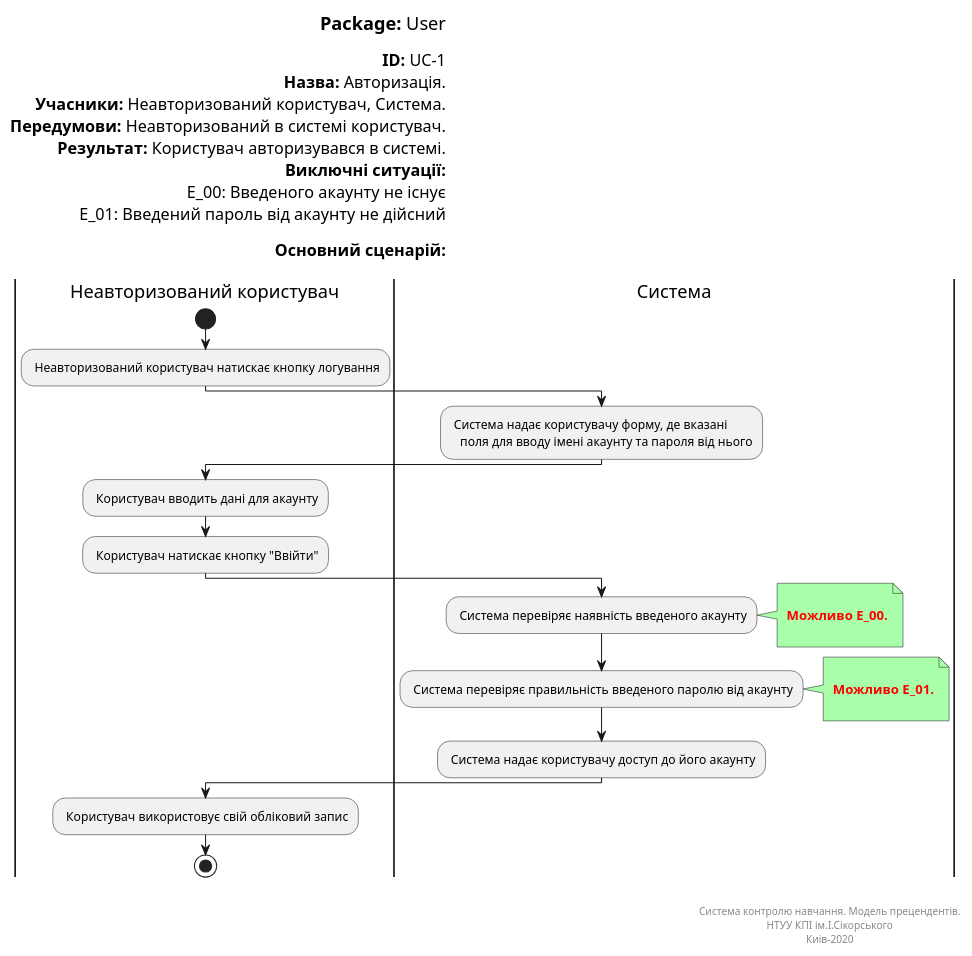
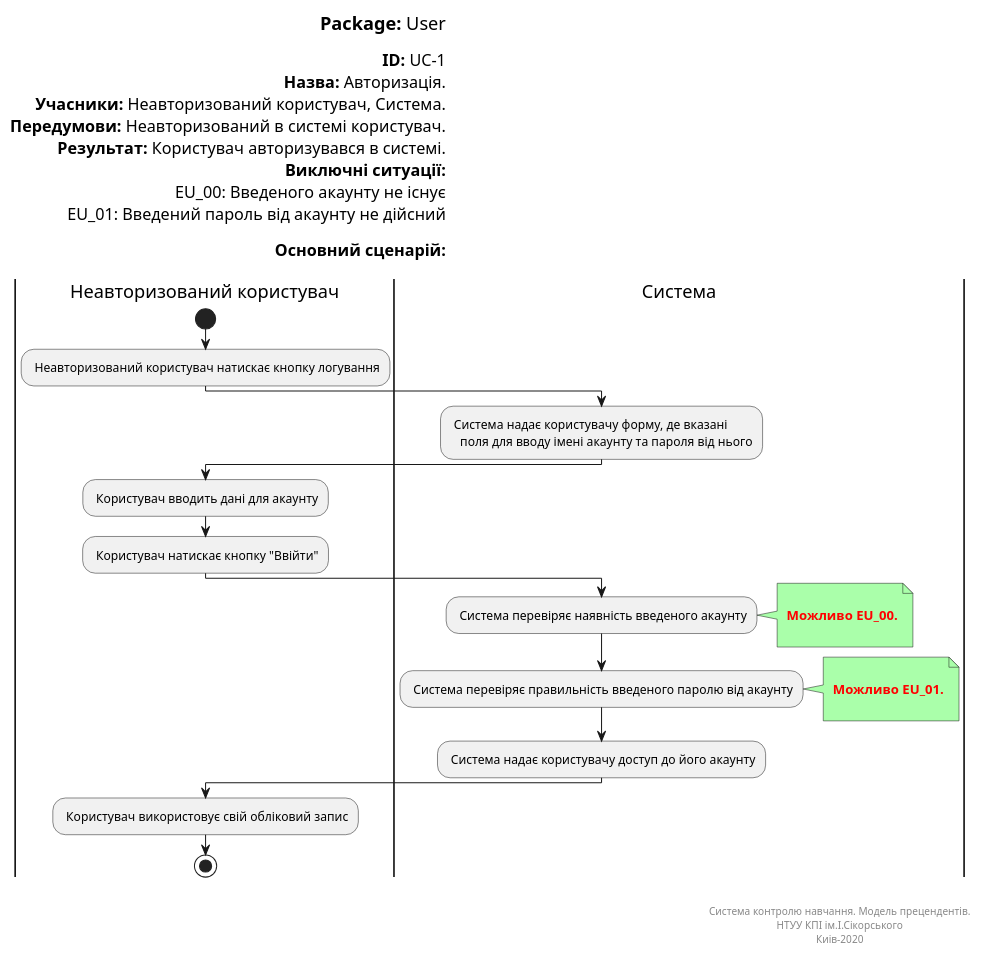
Before and after one commit to vladlinu/TeamOne: the diagram in docs/UML_Diagrams/scenarios/unauthorized_user/src/Authorization.pu, drawn with PlantUML. The commit also changed 5 other files, not shown here.

```diff
--- a/docs/UML_Diagrams/scenarios/unauthorized_user/src/Authorization.pu
+++ b/docs/UML_Diagrams/scenarios/unauthorized_user/src/Authorization.pu
@@ -1,62 +1,62 @@
 @startuml
 left header
 <font color=000 size=18><b>Package:</b> User
 
 <font color=000 size=16><b>ID:</b> UC-1
 <font color=000 size=16><b>Назва:</b> Авторизація.
 <font color=000 size=16><b>Учасники:</b> Неавторизований користувач, Система.
 <font color=000 size=16><b>Передумови:</b> Неавторизований в системі користувач.
 <font color=000 size=16><b>Результат:</b> Користувач авторизувався в системі.
 <font color=000 size=16><b>Виключні ситуації:</b>
-<font color=000 size=16> E_00: Введеного акаунту не існує
-<font color=000 size=16> E_01: Введений пароль від акаунту не дійсний 
+<font color=000 size=16> EU_00: Введеного акаунту не існує
+<font color=000 size=16> EU_01: Введений пароль від акаунту не дійсний 
 
 <font color=000 size=16><b>Основний сценарій:</b>
 
 end header
 
 |Неавторизований користувач|
 start
 : Неавторизований користувач натискає кнопку логування;
 
 |Система|
 : Система надає користувачу форму, де вказані
    поля для вводу імені акаунту та пароля від нього;
 
 |Неавторизований користувач|
 : Користувач вводить дані для акаунту;   
 
 : Користувач натискає кнопку "Ввійти";
 
 |Система|
 : Система перевіряє наявність введеного акаунту;
 note right #aaffaa
 
-<font color=red><b> Можливо E_00.
+<font color=red><b> Можливо EU_00.
 
 end note
 
 : Система перевіряє правильність введеного паролю від акаунту;
 
 note right #aaffaa
 
-<font color=red><b> Можливо E_01.
+<font color=red><b> Можливо EU_01.
 
 end note
 
 : Система надає користувачу доступ до його акаунту;
 
 |Неавторизований користувач|
 
 : Користувач використовує свій обліковий запис;
 
 stop;
 
 right footer
 
 
 Система контролю навчання. Модель прецендентів.
 НТУУ КПІ ім.І.Сікорського
 Киів-2020
 end footer
 @enduml
```
